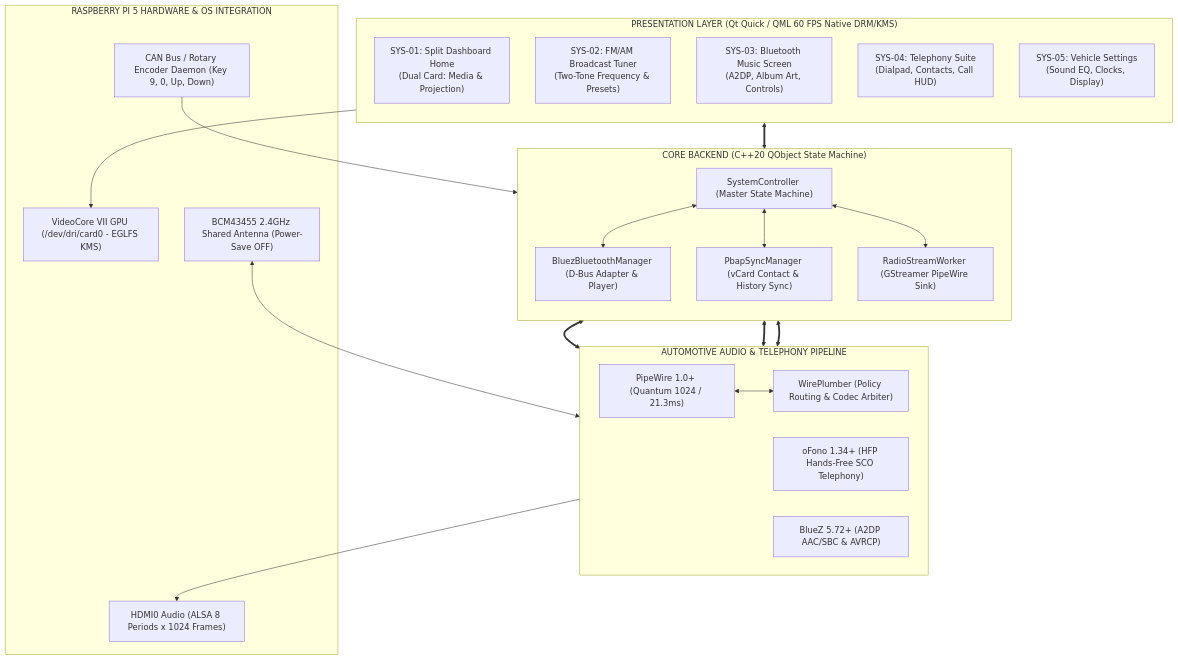
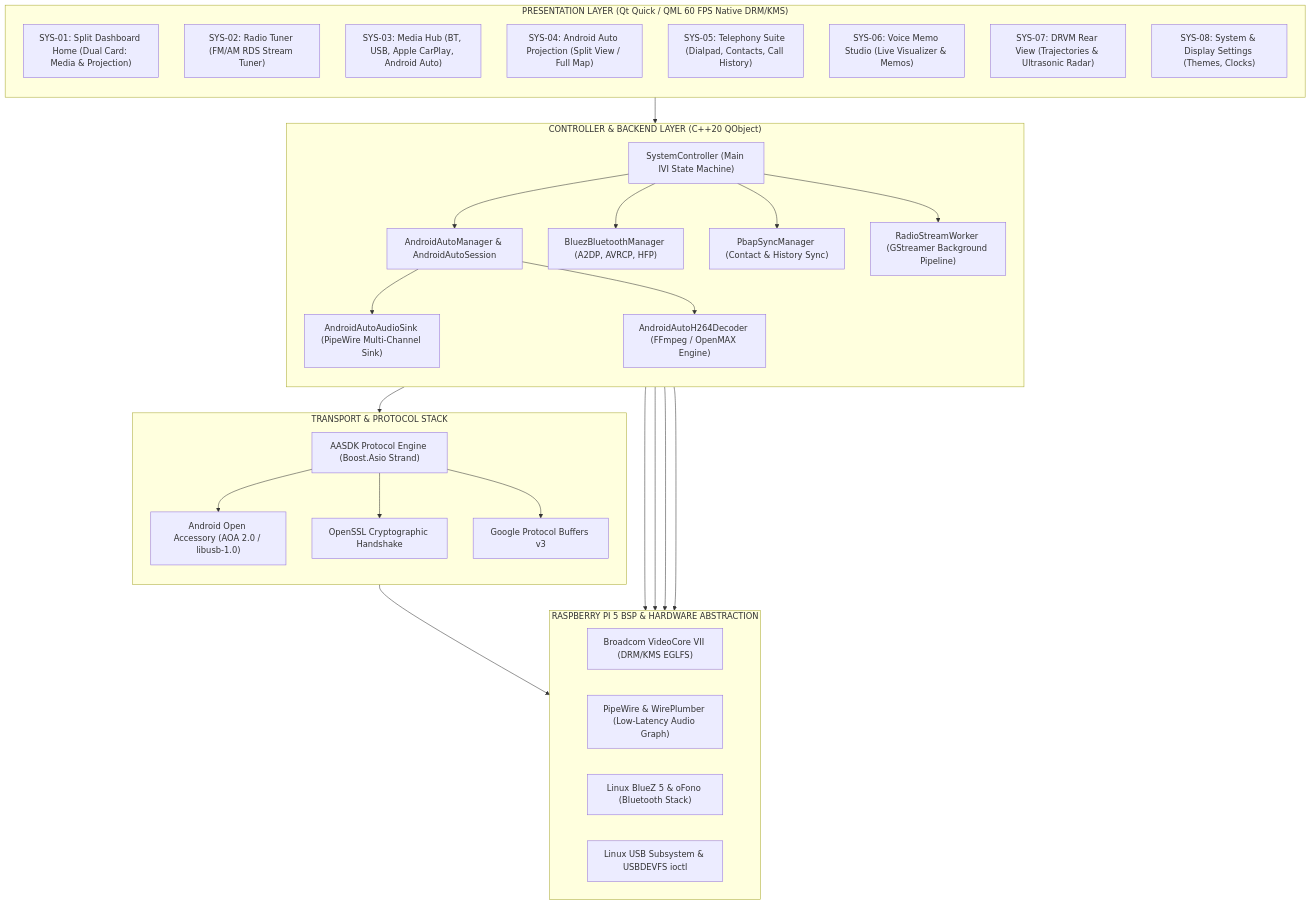
Before and after one commit to skrehanahamed/apex_IVI_midEnd_rasberryPi5: the diagram in README.md, drawn with Mermaid. The commit also changed other lines of this file and 50 other files, not shown here.

Commit message:
feat(rpi5): sync native Android Auto projection, PipeWire audio arbitration, USB reset and v1.2.0 docs

````diff
--- a/README.md
+++ b/README.md
@@ -36,49 +66,60 @@
 ```mermaid
 flowchart TB
     subgraph UI["PRESENTATION LAYER (Qt Quick / QML 60 FPS Native DRM/KMS)"]
         direction TB
-        Home["SYS-01: Split Dashboard Home<br/>(Dual Card: Media & Projection)"]
-        Radio["SYS-02: FM/AM Broadcast Tuner<br/>(Two-Tone Frequency & Presets)"]
-        BTMedia["SYS-03: Bluetooth Music Screen<br/>(A2DP, Album Art, Controls)"]
-        Phone["SYS-04: Telephony Suite<br/>(Dialpad, Contacts, Call HUD)"]
-        Settings["SYS-05: Vehicle Settings<br/>(Sound EQ, Clocks, Display)"]
+        Home["SYS-01: Split Dashboard Home (Dual Card: Media & Projection)"]
+        Radio["SYS-02: Radio Tuner (FM/AM RDS Stream Tuner)"]
+        Media["SYS-03: Media Hub (BT, USB, Apple CarPlay, Android Auto)"]
+        AA["SYS-04: Android Auto Projection (Split View / Full Map)"]
+        Phone["SYS-05: Telephony Suite (Dialpad, Contacts, Call History)"]
+        Voice["SYS-06: Voice Memo Studio (Live Visualizer & Memos)"]
+        DRVM["SYS-07: DRVM Rear View (Trajectories & Ultrasonic Radar)"]
+        Settings["SYS-08: System & Display Settings (Themes, Clocks)"]
     end
 
-    subgraph Core["CORE BACKEND (C++20 QObject State Machine)"]
+    subgraph Core["CONTROLLER & BACKEND LAYER (C++20 QObject)"]
         direction TB
-        SysCtrl["SystemController (Master State Machine)"]
-        BluezMgr["BluezBluetoothManager (D-Bus Adapter & Player)"]
-        PbapMgr["PbapSyncManager (vCard Contact & History Sync)"]
-        AudioWkr["RadioStreamWorker (GStreamer PipeWire Sink)"]
+        SysCtrl["SystemController (Main IVI State Machine)"]
+        AAMgr["AndroidAutoManager & AndroidAutoSession"]
+        BluezMgr["BluezBluetoothManager (A2DP, AVRCP, HFP)"]
+        PbapMgr["PbapSyncManager (Contact & History Sync)"]
+        RadioWorker["RadioStreamWorker (GStreamer Background Pipeline)"]
+        AudioSink["AndroidAutoAudioSink (PipeWire Multi-Channel Sink)"]
+        H264Dec["AndroidAutoH264Decoder (FFmpeg / OpenMAX Engine)"]
+        
+        SysCtrl --> AAMgr
+        SysCtrl --> BluezMgr
+        SysCtrl --> PbapMgr
+        SysCtrl --> RadioWorker
+        AAMgr --> AudioSink
+        AAMgr --> H264Dec
     end
 
-    subgraph AudioEngine["AUTOMOTIVE AUDIO & TELEPHONY PIPELINE"]
-        direction LR
-        PipeWire["PipeWire 1.0+ (Quantum 1024 / 21.3ms)"]
-        WirePlumber["WirePlumber (Policy Routing & Codec Arbiter)"]
-        oFono["oFono 1.34+ (HFP Hands-Free SCO Telephony)"]
-        BlueZ["BlueZ 5.72+ (A2DP AAC/SBC & AVRCP)"]
+    subgraph Transport["TRANSPORT & PROTOCOL STACK"]
+        direction TB
+        AASDK["AASDK Protocol Engine (Boost.Asio Strand)"]
+        AOA["Android Open Accessory (AOA 2.0 / libusb-1.0)"]
+        TLS["OpenSSL Cryptographic Handshake"]
+        Proto["Google Protocol Buffers v3"]
+        
+        AAMgr --> AASDK
+        AASDK --> AOA
+        AASDK --> TLS
+        AASDK --> Proto
     end
 
-    subgraph Hardware["RASPBERRY PI 5 HARDWARE & OS INTEGRATION"]
-        GPU["VideoCore VII GPU (/dev/dri/card0 - EGLFS KMS)"]
-        HDMI["HDMI0 Audio (ALSA 8 Periods x 1024 Frames)"]
-        WIFI_BT["BCM43455 2.4GHz Shared Antenna (Power-Save OFF)"]
-        CAN["CAN Bus / Rotary Encoder Daemon (Key 9, 0, Up, Down)"]
+    subgraph OS["RASPBERRY PI 5 BSP & HARDWARE ABSTRACTION"]
+        direction LR
+        DRM["Broadcom VideoCore VII (DRM/KMS EGLFS)"]
+        PW["PipeWire & WirePlumber (Low-Latency Audio Graph)"]
+        BT["Linux BlueZ 5 & oFono (Bluetooth Stack)"]
+        USB["Linux USB Subsystem & USBDEVFS ioctl"]
     end
 
-    UI <==> SysCtrl
-    SysCtrl <--> BluezMgr
-    SysCtrl <--> PbapMgr
-    SysCtrl <--> AudioWkr
-
-    BluezMgr <==> BlueZ
-    AudioWkr <==> PipeWire
-    SysCtrl <==> oFono
-
-    PipeWire <--> WirePlumber
-    WirePlumber --> HDMI
-    UI --> GPU
-    CAN --> SysCtrl
-    WIFI_BT <--> BlueZ
+    UI --> SysCtrl
+    H264Dec --> DRM
+    AudioSink --> PW
+    RadioWorker --> PW
+    BluezMgr --> BT
+    AOA --> USB
 ```
````
